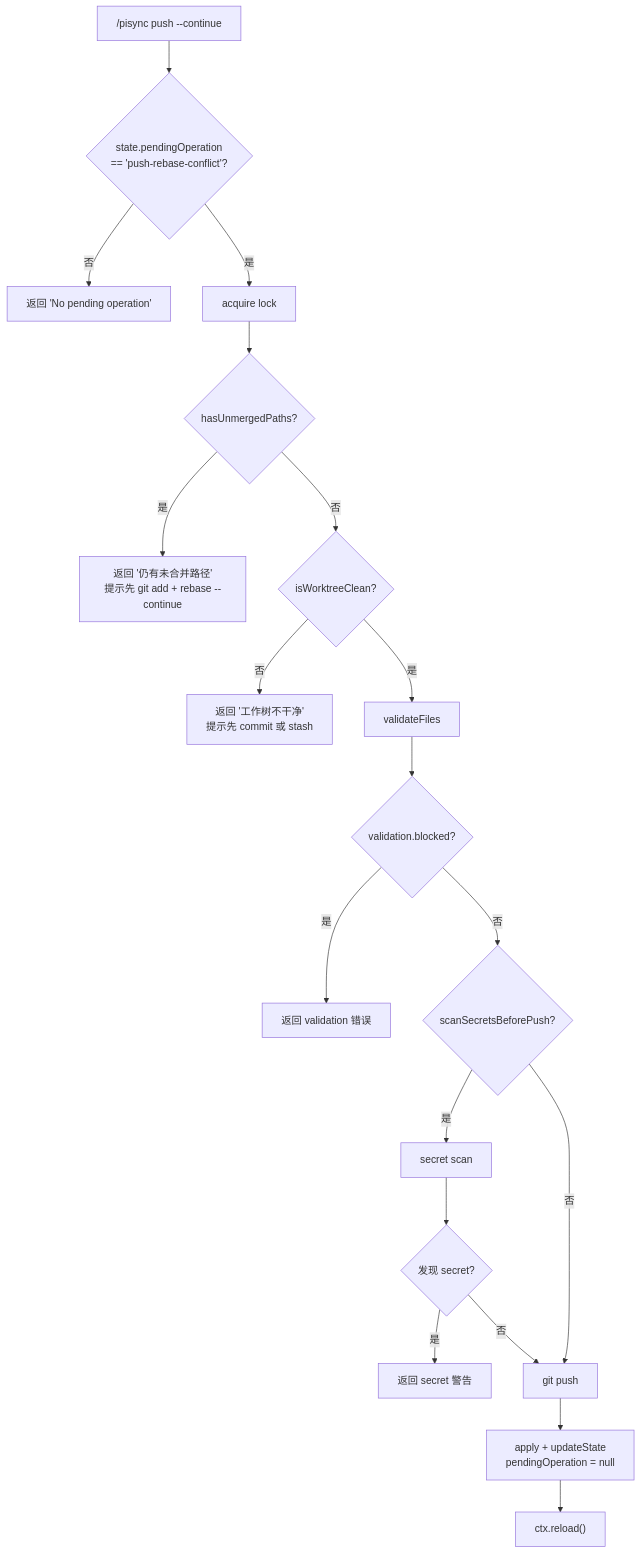
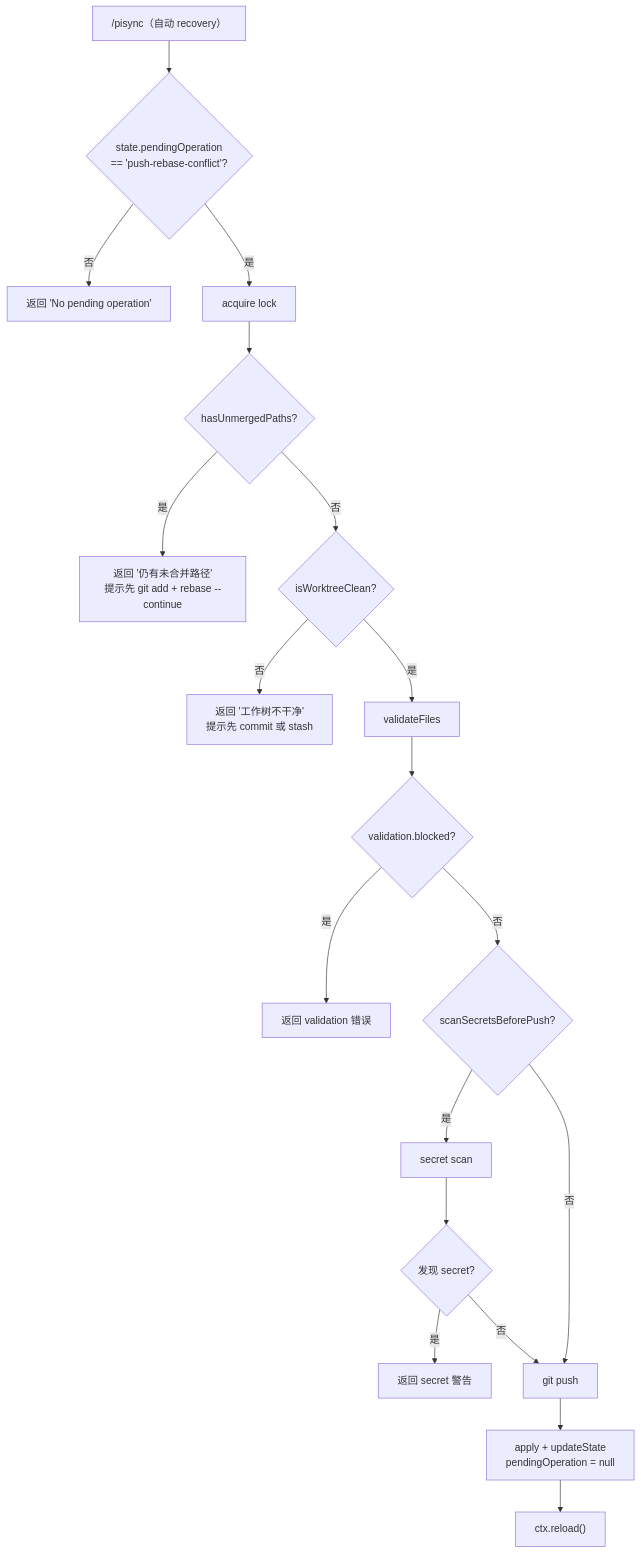
Before and after one commit to jachy-h/pi-git-sync: the tenth of 12 diagrams in docs/architecture.md, drawn with Mermaid. The commit also changed other lines of this file and 19 other files, not shown here.

````diff
--- a/docs/architecture.md
+++ b/docs/architecture.md
@@ -560,21 +560,21 @@
 ```mermaid
 flowchart TD
-    A["/pisync push --continue"] --> B{state.pendingOperation<br/>== 'push-rebase-conflict'?}
+    A["/pisync（自动 recovery）"] --> B{state.pendingOperation<br/>== 'push-rebase-conflict'?}
     B -->|否| C["返回 'No pending operation'"]
     B -->|是| D[acquire lock]
     D --> E{hasUnmergedPaths?}
     E -->|是| F["返回 '仍有未合并路径'<br/>提示先 git add + rebase --continue"]
     E -->|否| G{isWorktreeClean?}
     G -->|否| H["返回 '工作树不干净'<br/>提示先 commit 或 stash"]
     G -->|是| I[validateFiles]
     I --> J{validation.blocked?}
     J -->|是| K[返回 validation 错误]
     J -->|否| L{scanSecretsBeforePush?}
     L -->|是| M[secret scan]
     M --> N{发现 secret?}
     N -->|是| O[返回 secret 警告]
     N -->|否| P[git push]
     L -->|否| P
     P --> Q[apply + updateState<br/>pendingOperation = null]
     Q --> R["ctx.reload()"]
 ```
````
